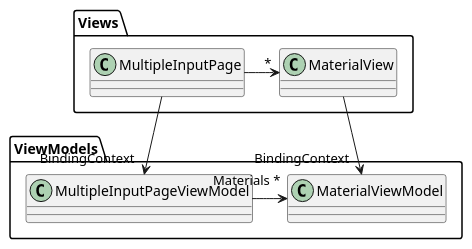
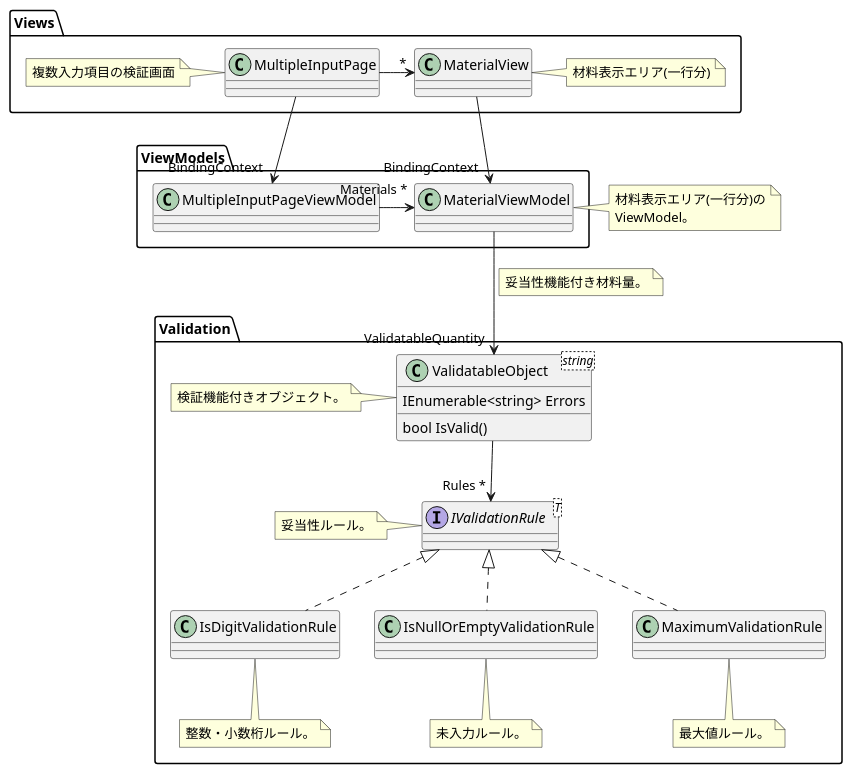
The diagram in README.md (ats-y/ValidationSample), drawn with PlantUML before and after one commit. The commit also changed 5 other files, not shown here.

````diff
--- a/README.md
+++ b/README.md
@@ -3,21 +3,56 @@
 ```plantuml
 'left to right direction
 
 namespace Views{
     class MultipleInputPage{}
+    note left of Views.MultipleInputPage : 複数入力項目の検証画面
+    
     class MaterialView{}
+    note right of Views.MaterialView : 材料表示エリア(一行分)
 
     MultipleInputPage -r-> "*" MaterialView
 }
 
 namespace ViewModels{
     class MultipleInputPageViewModel{}
     class MaterialViewModel{}
 
     MultipleInputPageViewModel -r-> "Materials *" MaterialViewModel
 }
 
+note right of ViewModels.MaterialViewModel : 材料表示エリア(一行分)の\nViewModel。
+namespace Validation{
+    class ValidatableObject<string>{
+        bool IsValid()
+        IEnumerable<string> Errors
+    }
+    note left : 検証機能付きオブジェクト。
+    interface IValidationRule<T>{}
+    note left : 妥当性ルール。
+
+    ValidatableObject --> "Rules *" IValidationRule
+
+    class IsDigitValidationRule
+    note bottom : 整数・小数桁ルール。
+    IsDigitValidationRule .u.|> IValidationRule
+
+    class IsNullOrEmptyValidationRule
+    note bottom : 未入力ルール。
+    IsNullOrEmptyValidationRule .u.|> IValidationRule
+
+    class MaximumValidationRule
+    note bottom : 最大値ルール。
+    MaximumValidationRule .u.|> IValidationRule
+}
+
 Views.MultipleInputPage --> "BindingContext" ViewModels.MultipleInputPageViewModel
 
 Views.MaterialView --> "BindingContext" ViewModels.MaterialViewModel
+
+ViewModels.MaterialViewModel --> "ValidatableQuantity" Validation.ValidatableObject
+note on link 
+    妥当性機能付き材料量。
+end note
+
+
 ```
````
